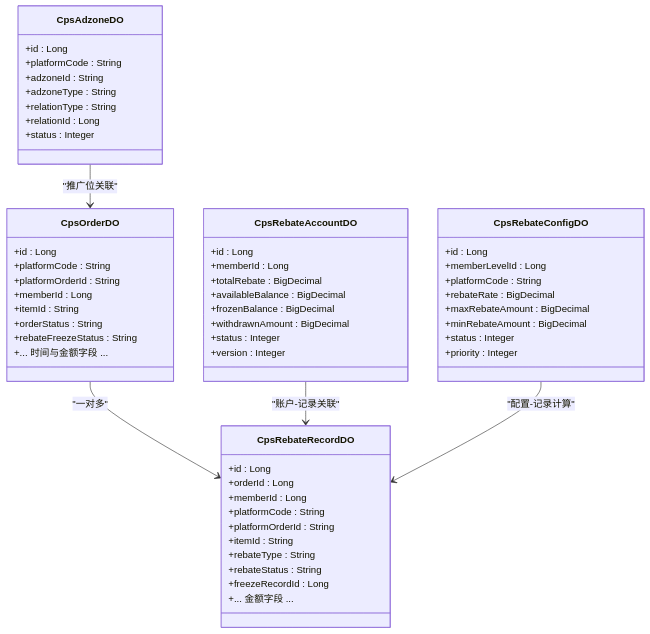
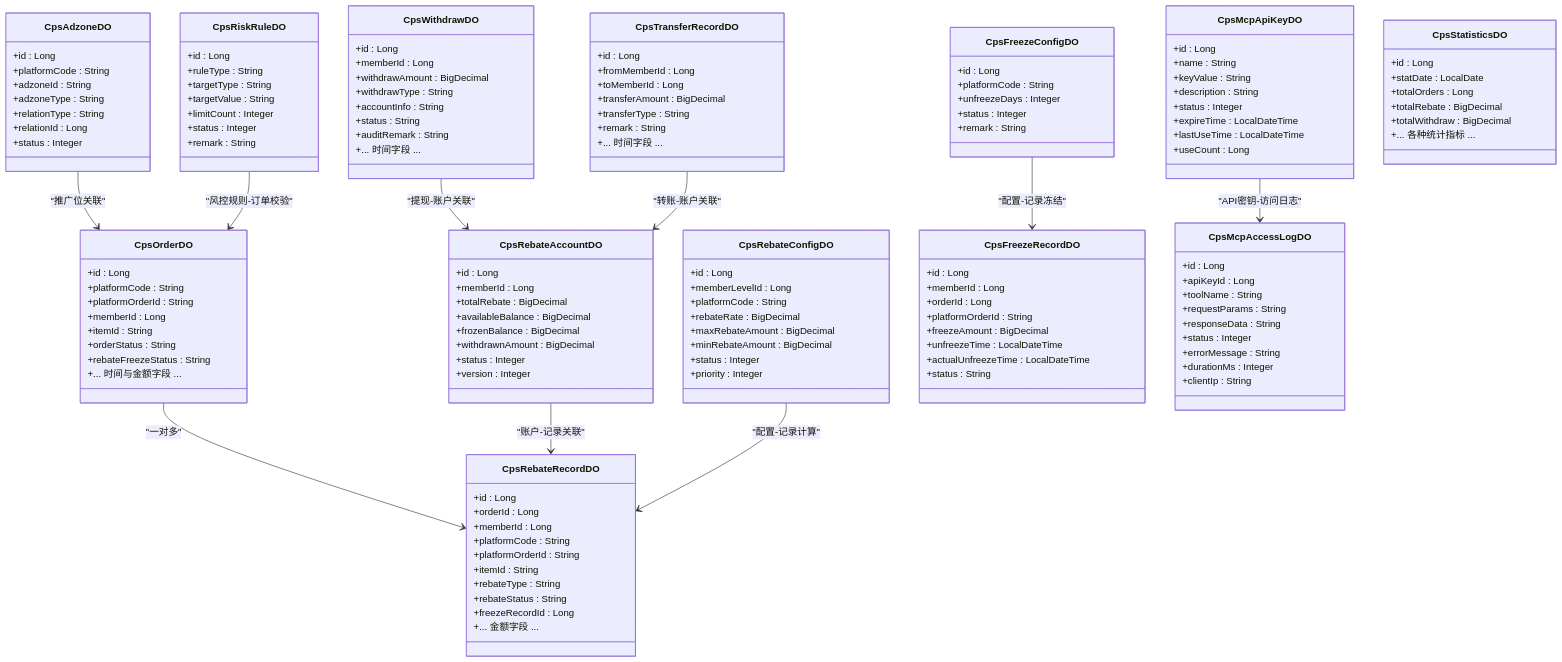
Before and after one commit to zhuangpengLI/AgenticCPS: the second of 3 diagrams in .qoder/repowiki/zh/content/数据库设计/核心业务表设计/CPS 业务表设计.md, drawn with Mermaid. The commit also changed other lines of this file and 42 other files, not shown here.

````diff
--- a/.qoder/repowiki/zh/content/数据库设计/核心业务表设计/CPS 业务表设计.md
+++ b/.qoder/repowiki/zh/content/数据库设计/核心业务表设计/CPS 业务表设计.md
@@ -166,8 +227,87 @@
 +status : Integer
 +priority : Integer
 }
+class CpsFreezeConfigDO {
++id : Long
++platformCode : String
++unfreezeDays : Integer
++status : Integer
++remark : String
+}
+class CpsFreezeRecordDO {
++id : Long
++memberId : Long
++orderId : Long
++platformOrderId : String
++freezeAmount : BigDecimal
++unfreezeTime : LocalDateTime
++actualUnfreezeTime : LocalDateTime
++status : String
+}
+class CpsMcpAccessLogDO {
++id : Long
++apiKeyId : Long
++toolName : String
++requestParams : String
++responseData : String
++status : Integer
++errorMessage : String
++durationMs : Integer
++clientIp : String
+}
+class CpsMcpApiKeyDO {
++id : Long
++name : String
++keyValue : String
++description : String
++status : Integer
++expireTime : LocalDateTime
++lastUseTime : LocalDateTime
++useCount : Long
+}
+class CpsRiskRuleDO {
++id : Long
++ruleType : String
++targetType : String
++targetValue : String
++limitCount : Integer
++status : Integer
++remark : String
+}
+class CpsWithdrawDO {
++id : Long
++memberId : Long
++withdrawAmount : BigDecimal
++withdrawType : String
++accountInfo : String
++status : String
++auditRemark : String
++... 时间字段 ...
+}
+class CpsTransferRecordDO {
++id : Long
++fromMemberId : Long
++toMemberId : Long
++transferAmount : BigDecimal
++transferType : String
++remark : String
++... 时间字段 ...
+}
+class CpsStatisticsDO {
++id : Long
++statDate : LocalDate
++totalOrders : Long
++totalRebate : BigDecimal
++totalWithdraw : BigDecimal
++... 各种统计指标 ...
+}
 CpsOrderDO --> CpsRebateRecordDO : "一对多"
 CpsAdzoneDO --> CpsOrderDO : "推广位关联"
 CpsRebateAccountDO --> CpsRebateRecordDO : "账户-记录关联"
 CpsRebateConfigDO --> CpsRebateRecordDO : "配置-记录计算"
+CpsFreezeConfigDO --> CpsFreezeRecordDO : "配置-记录冻结"
+CpsMcpApiKeyDO --> CpsMcpAccessLogDO : "API密钥-访问日志"
+CpsRiskRuleDO --> CpsOrderDO : "风控规则-订单校验"
+CpsWithdrawDO --> CpsRebateAccountDO : "提现-账户关联"
+CpsTransferRecordDO --> CpsRebateAccountDO : "转账-账户关联"
 ```
````
